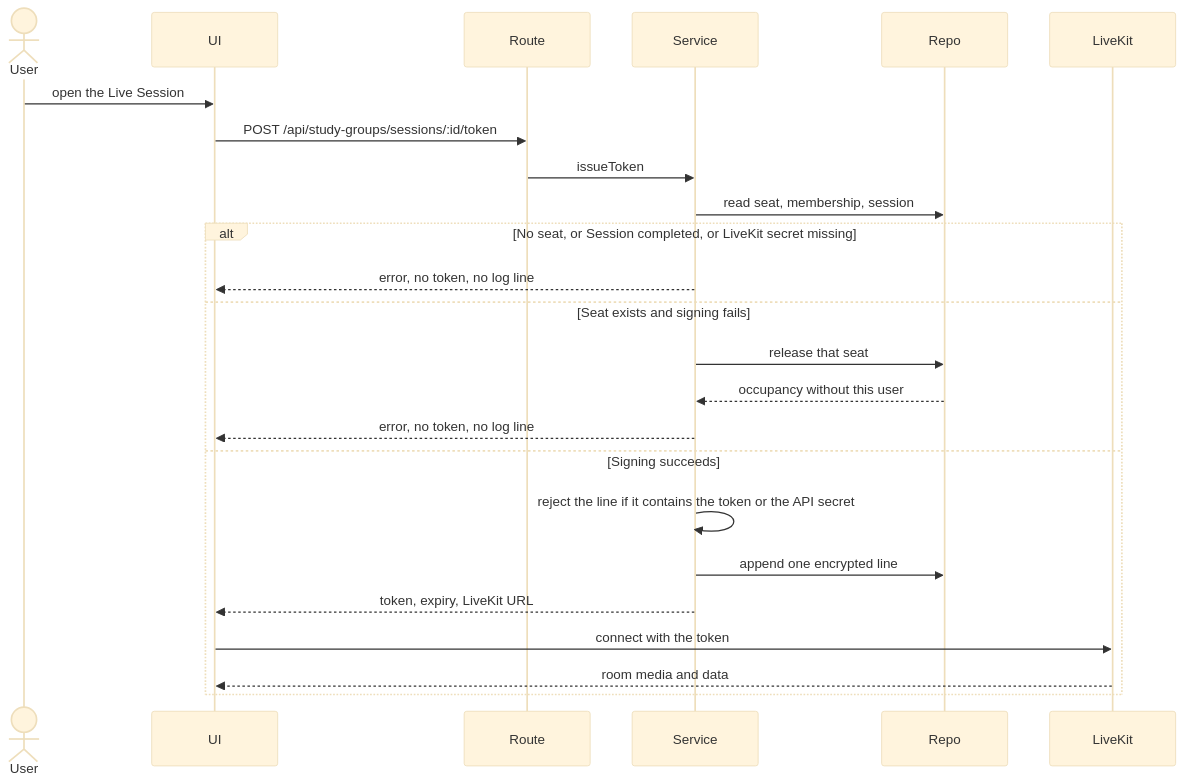
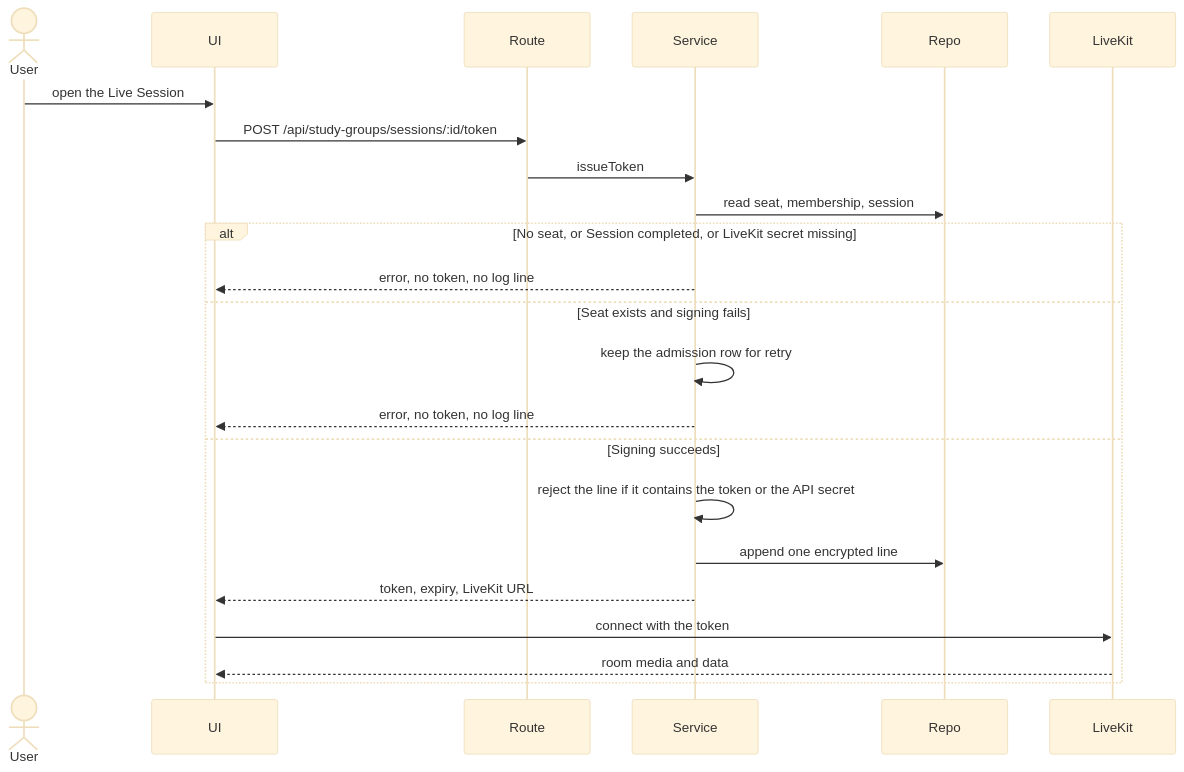
The fourth of 6 diagrams in docs/phase1/study-group/study-group-uml.md (First-Light-TechHK/LearningGuidePortal), drawn with Mermaid (base theme) before and after one commit. The commit also changed other lines of this file and 7 other files, not shown here.

````diff
--- a/docs/phase1/study-group/study-group-uml.md
+++ b/docs/phase1/study-group/study-group-uml.md
@@ -162,26 +162,25 @@
 ```mermaid
 sequenceDiagram
   actor User
   participant UI
   participant Route
   participant Service
   participant Repo
   participant LiveKit
   User->>UI: open the Live Session
   UI->>Route: POST /api/study-groups/sessions/:id/token
   Route->>Service: issueToken
   Service->>Repo: read seat, membership, session
   alt No seat, or Session completed, or LiveKit secret missing
     Service-->>UI: error, no token, no log line
   else Seat exists and signing fails
-    Service->>Repo: release that seat
-    Repo-->>Service: occupancy without this user
+    Service->>Service: keep the admission row for retry
     Service-->>UI: error, no token, no log line
   else Signing succeeds
     Service->>Service: reject the line if it contains the token or the API secret
     Service->>Repo: append one encrypted line
     Service-->>UI: token, expiry, LiveKit URL
     UI->>LiveKit: connect with the token
     LiveKit-->>UI: room media and data
   end
 ```
````
